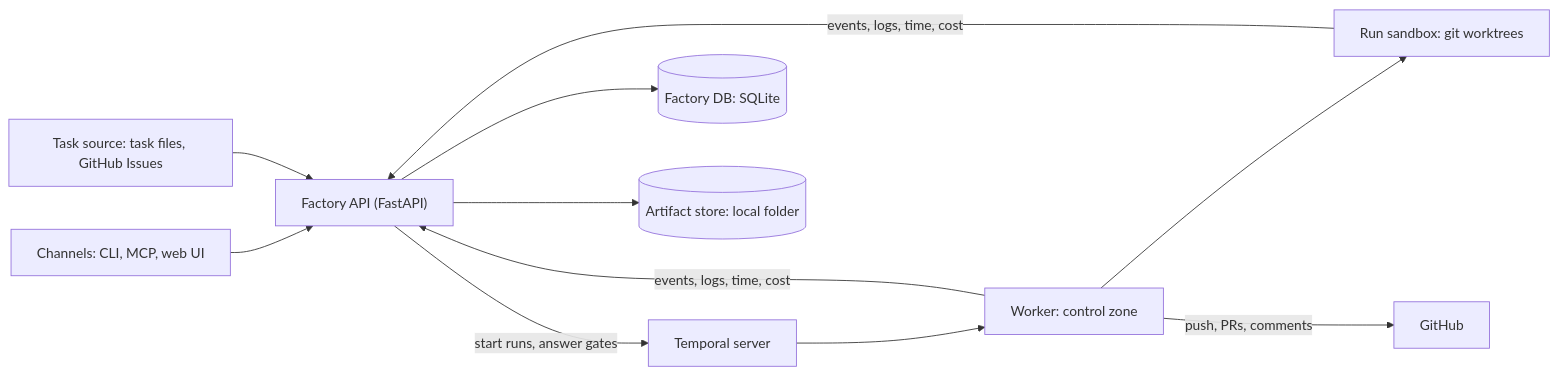
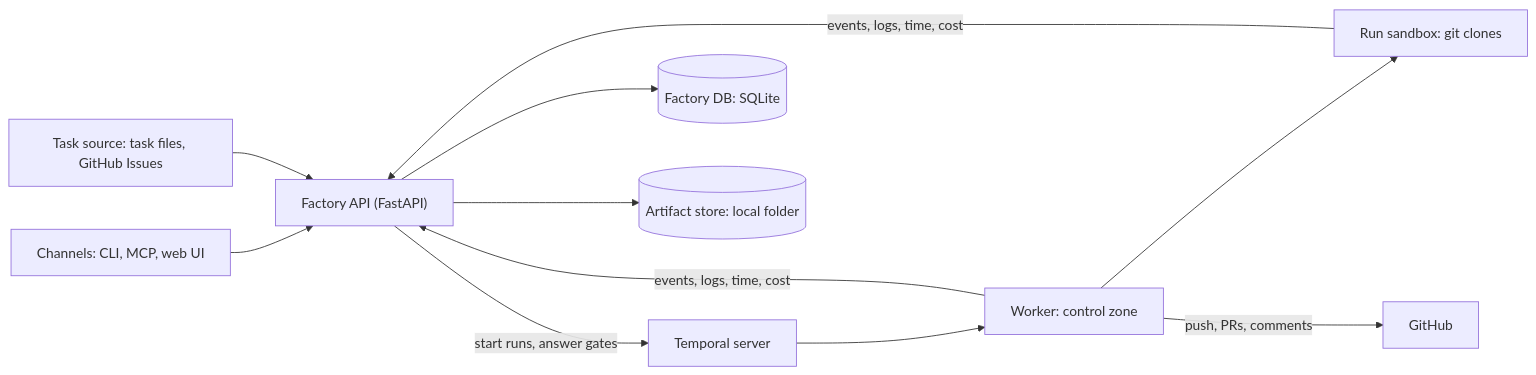
One commit to Kahncode/fact changed the diagram in docs/spec/04-architecture.md. Above: the diagram before and after it, drawn with Mermaid. The commit also changed 60 other files, not shown here.

````diff
--- a/docs/spec/04-architecture.md
+++ b/docs/spec/04-architecture.md
@@ -3,13 +3,13 @@
 ```mermaid
 flowchart LR
     CH["Channels: CLI, MCP, web UI"] --> API["Factory API (FastAPI)"]
     TS["Task source: task files, GitHub Issues"] --> API
     API -->|start runs, answer gates| T["Temporal server"]
     T --> CW["Worker: control zone"]
-    CW --> SB["Run sandbox: git worktrees"]
+    CW --> SB["Run sandbox: git clones"]
     CW -->|push, PRs, comments| GH["GitHub"]
     CW -->|events, logs, time, cost| API
     SB -->|events, logs, time, cost| API
     API --> DB[("Factory DB: SQLite")]
     API --> AS[("Artifact store: local folder")]
 ```
````
